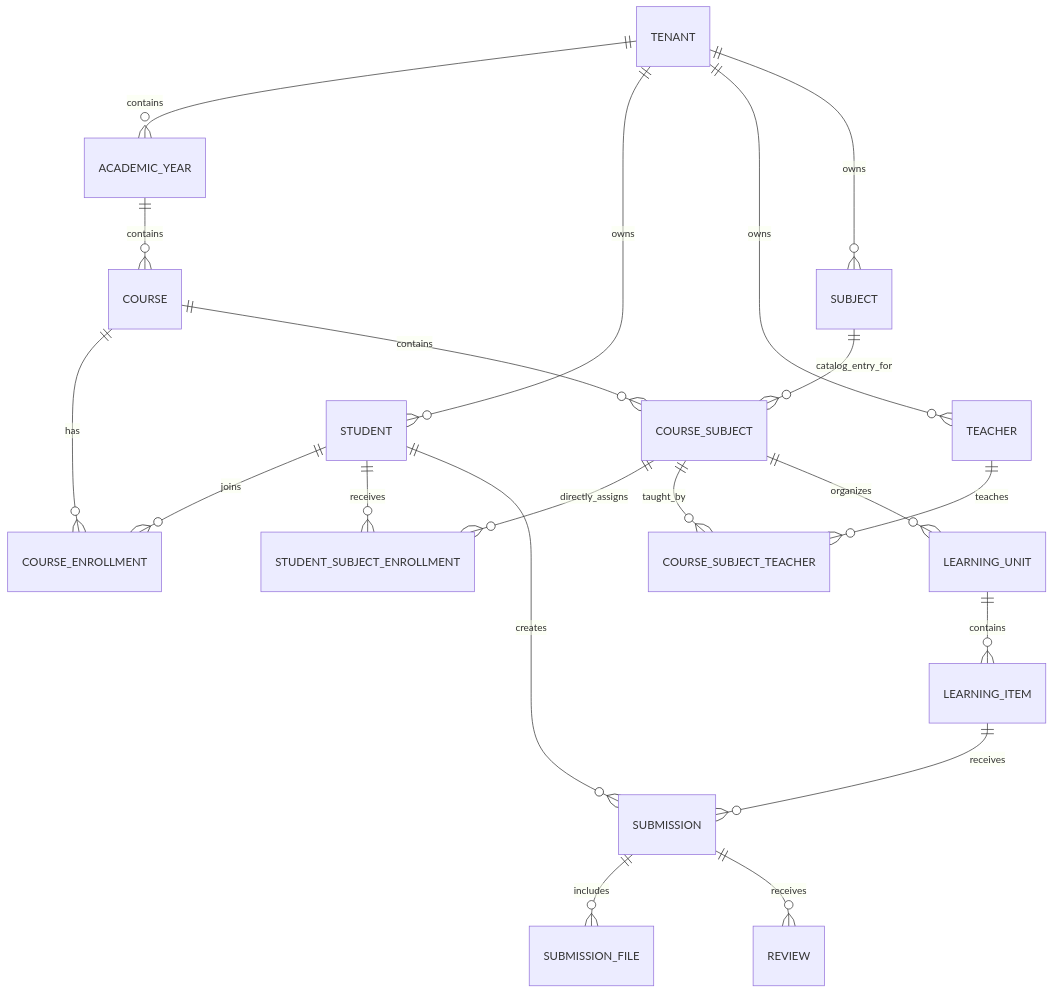
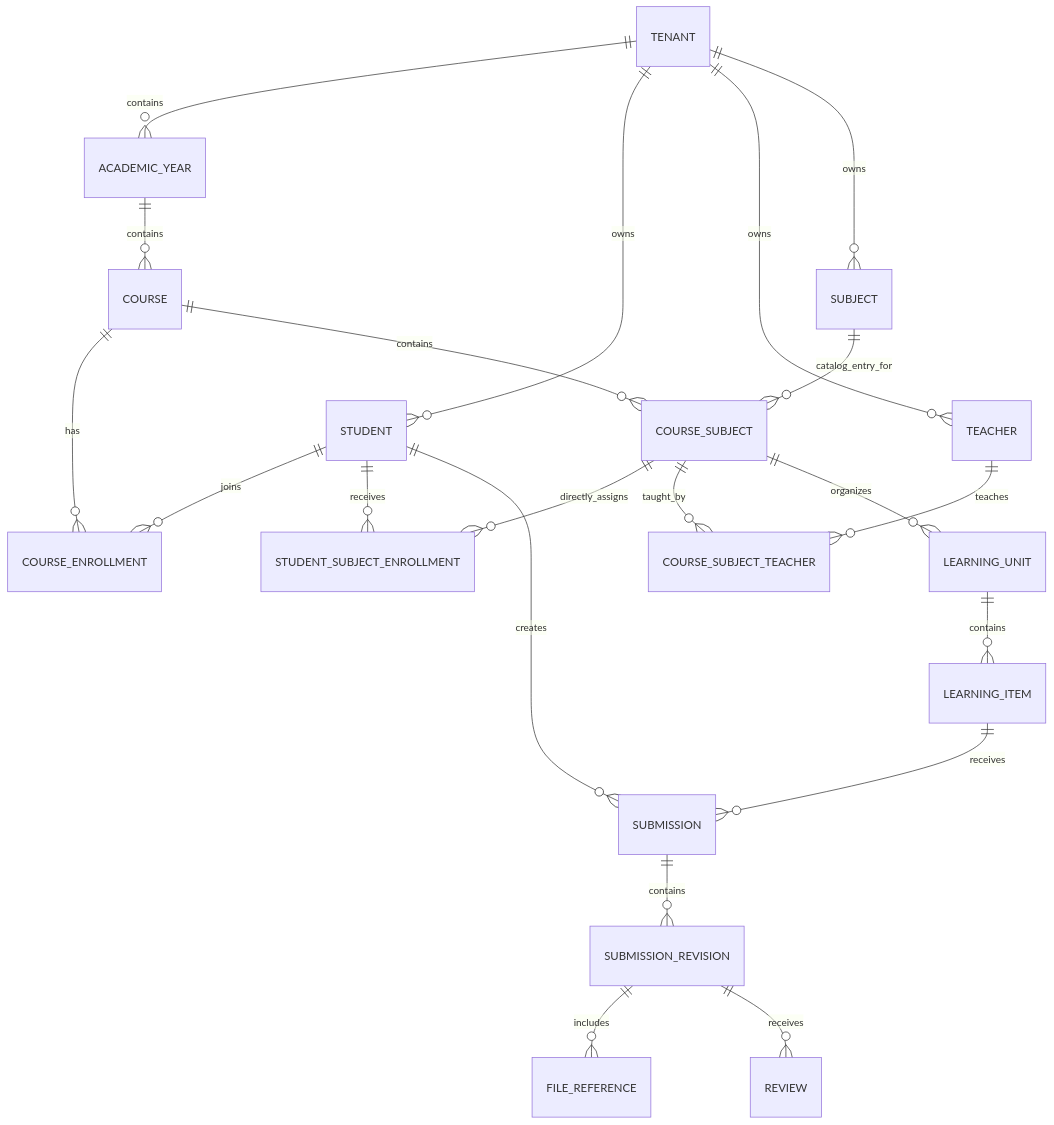
The diagram in docs/architecture/domain-model.md (Sherydans12/edupay-academico), drawn with Mermaid before and after one commit. The commit also changed other lines of this file and 31 other files, not shown here.

````diff
--- a/docs/architecture/domain-model.md
+++ b/docs/architecture/domain-model.md
@@ -18,22 +18,23 @@
 ```mermaid
 erDiagram
     TENANT ||--o{ ACADEMIC_YEAR : contains
     TENANT ||--o{ STUDENT : owns
     TENANT ||--o{ TEACHER : owns
     TENANT ||--o{ SUBJECT : owns
     ACADEMIC_YEAR ||--o{ COURSE : contains
     COURSE ||--o{ COURSE_ENROLLMENT : has
     STUDENT ||--o{ COURSE_ENROLLMENT : joins
     COURSE ||--o{ COURSE_SUBJECT : contains
     SUBJECT ||--o{ COURSE_SUBJECT : catalog_entry_for
     STUDENT ||--o{ STUDENT_SUBJECT_ENROLLMENT : receives
     COURSE_SUBJECT ||--o{ STUDENT_SUBJECT_ENROLLMENT : directly_assigns
     COURSE_SUBJECT ||--o{ COURSE_SUBJECT_TEACHER : taught_by
     TEACHER ||--o{ COURSE_SUBJECT_TEACHER : teaches
     COURSE_SUBJECT ||--o{ LEARNING_UNIT : organizes
     LEARNING_UNIT ||--o{ LEARNING_ITEM : contains
     LEARNING_ITEM ||--o{ SUBMISSION : receives
     STUDENT ||--o{ SUBMISSION : creates
-    SUBMISSION ||--o{ SUBMISSION_FILE : includes
-    SUBMISSION ||--o{ REVIEW : receives
+    SUBMISSION ||--o{ SUBMISSION_REVISION : contains
+    SUBMISSION_REVISION ||--o{ FILE_REFERENCE : includes
+    SUBMISSION_REVISION ||--o{ REVIEW : receives
 ```
````
